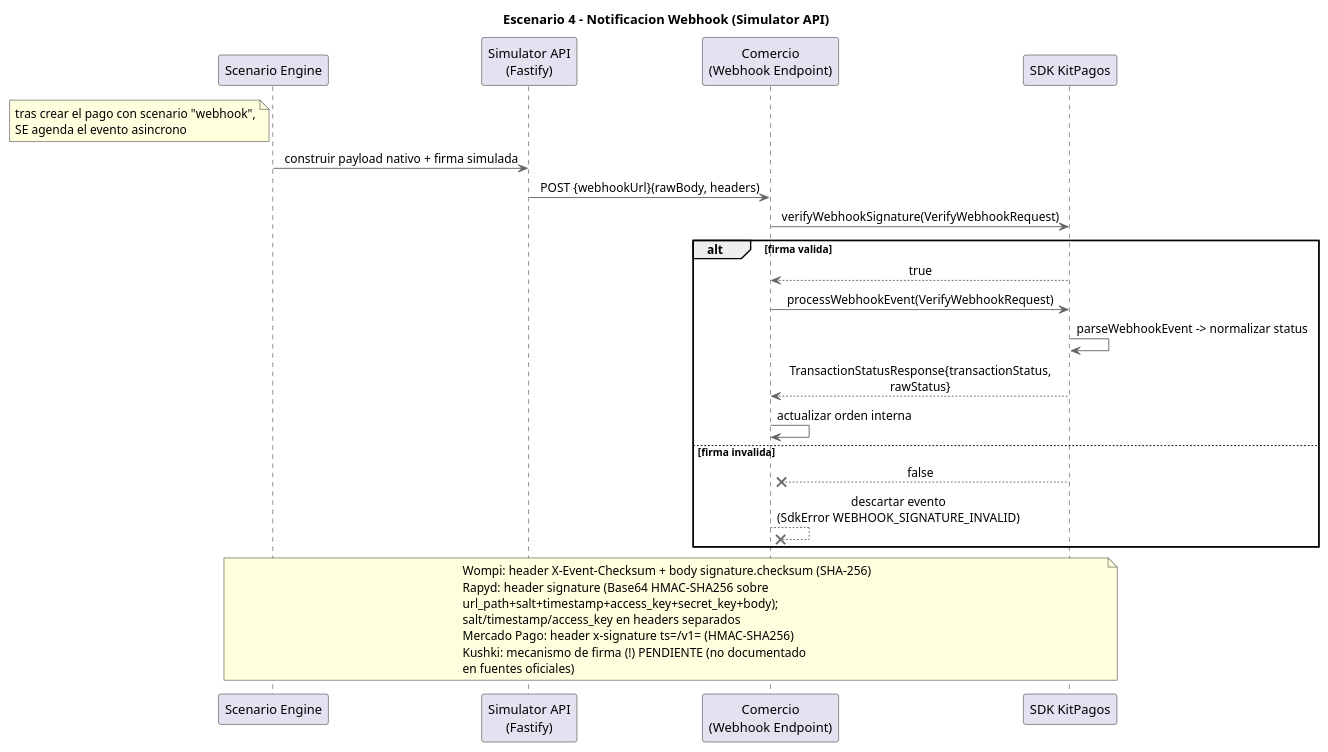
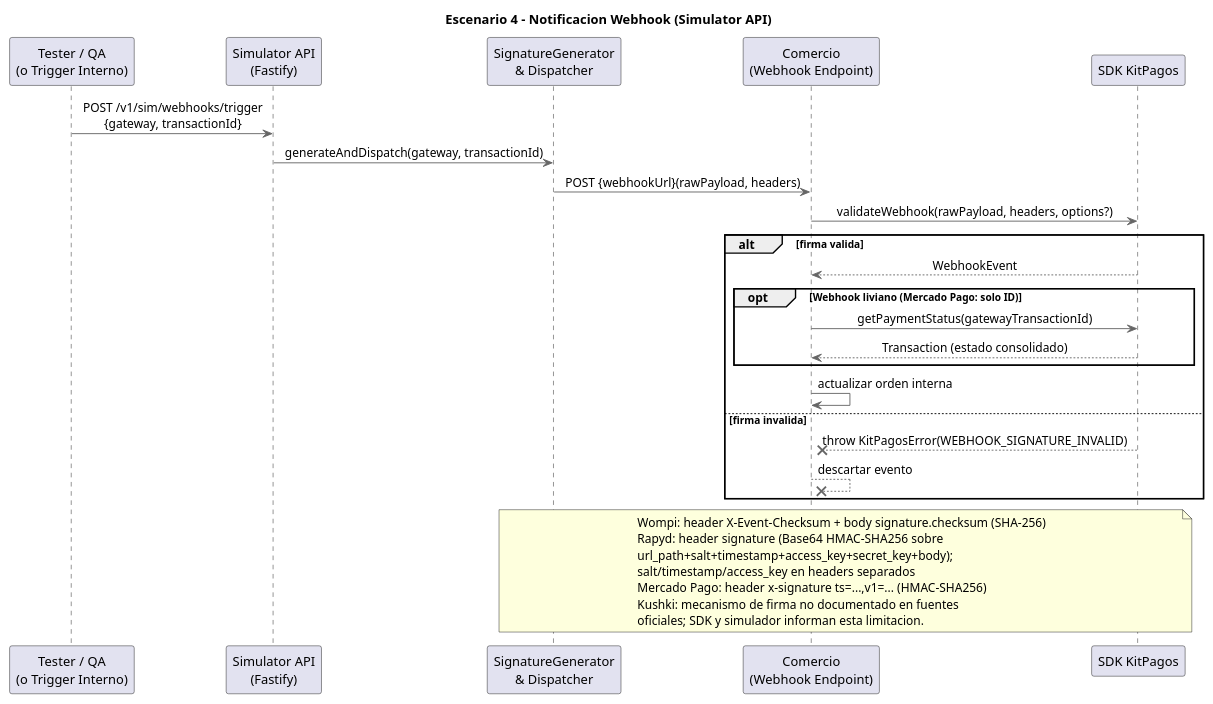
The diagram in docs/architecture/Simulador API/diagrams-source/sequence-webhook-notification.puml (PurosBrothers/Kit-Pagos-Colombia---Tesis), drawn with PlantUML before and after one commit. The commit also changed 12 other files, not shown here.

First line of the commit message:
docs(docs): update diagrams

```diff
--- a/docs/architecture/Simulador API/diagrams-source/sequence-webhook-notification.puml
+++ b/docs/architecture/Simulador API/diagrams-source/sequence-webhook-notification.puml
@@ -1,42 +1,42 @@
 @startuml Sequence Diagram - Webhook Notification
 title Escenario 4 - Notificacion Webhook (Simulator API)
 skinparam backgroundColor white
 skinparam sequenceMessageAlign center
 skinparam ArrowColor #666666
 skinparam LifeLineBorderColor #666666
 
-participant "Scenario Engine" as Engine
+participant "Tester / QA\n(o Trigger Interno)" as Tester
 participant "Simulator API\n(Fastify)" as SimAPI
+participant "SignatureGenerator\n& Dispatcher" as Dispatcher
 participant "Comercio\n(Webhook Endpoint)" as Comercio
 participant "SDK KitPagos" as SDK
 
-note left of Engine
-  tras crear el pago con scenario "webhook",
-  SE agenda el evento asincrono
-end note
-Engine -> SimAPI : construir payload nativo + firma simulada
-SimAPI -> Comercio : POST {webhookUrl}(rawBody, headers)
-Comercio -> SDK : verifyWebhookSignature(VerifyWebhookRequest)
+Tester -> SimAPI : POST /v1/sim/webhooks/trigger\n{gateway, transactionId}
+SimAPI -> Dispatcher : generateAndDispatch(gateway, transactionId)
+Dispatcher -> Comercio : POST {webhookUrl}(rawPayload, headers)
+
+Comercio -> SDK : validateWebhook(rawPayload, headers, options?)
 
 alt firma valida
-  SDK --> Comercio : true
-  Comercio -> SDK : processWebhookEvent(VerifyWebhookRequest)
-  SDK -> SDK : parseWebhookEvent -> normalizar status
-  SDK --> Comercio : TransactionStatusResponse{transactionStatus,\nrawStatus}
+  SDK --> Comercio : WebhookEvent
+  opt Webhook liviano (Mercado Pago: solo ID)
+    Comercio -> SDK : getPaymentStatus(gatewayTransactionId)
+    SDK --> Comercio : Transaction (estado consolidado)
+  end
   Comercio -> Comercio : actualizar orden interna
 else firma invalida
-  SDK -->x Comercio : false
-  Comercio -->x Comercio : descartar evento\n(SdkError WEBHOOK_SIGNATURE_INVALID)
+  SDK -->x Comercio : throw KitPagosError(WEBHOOK_SIGNATURE_INVALID)
+  Comercio -->x Comercio : descartar evento
 end
 
-note over Engine, SDK
+note over Dispatcher, SDK
   Wompi: header X-Event-Checksum + body signature.checksum (SHA-256)
   Rapyd: header signature (Base64 HMAC-SHA256 sobre
   url_path+salt+timestamp+access_key+secret_key+body);
   salt/timestamp/access_key en headers separados
-  Mercado Pago: header x-signature ts=/v1= (HMAC-SHA256)
-  Kushki: mecanismo de firma (!) PENDIENTE (no documentado
-  en fuentes oficiales)
+  Mercado Pago: header x-signature ts=...,v1=... (HMAC-SHA256)
+  Kushki: mecanismo de firma no documentado en fuentes
+  oficiales; SDK y simulador informan esta limitacion.
 end note
 
 @enduml
```
